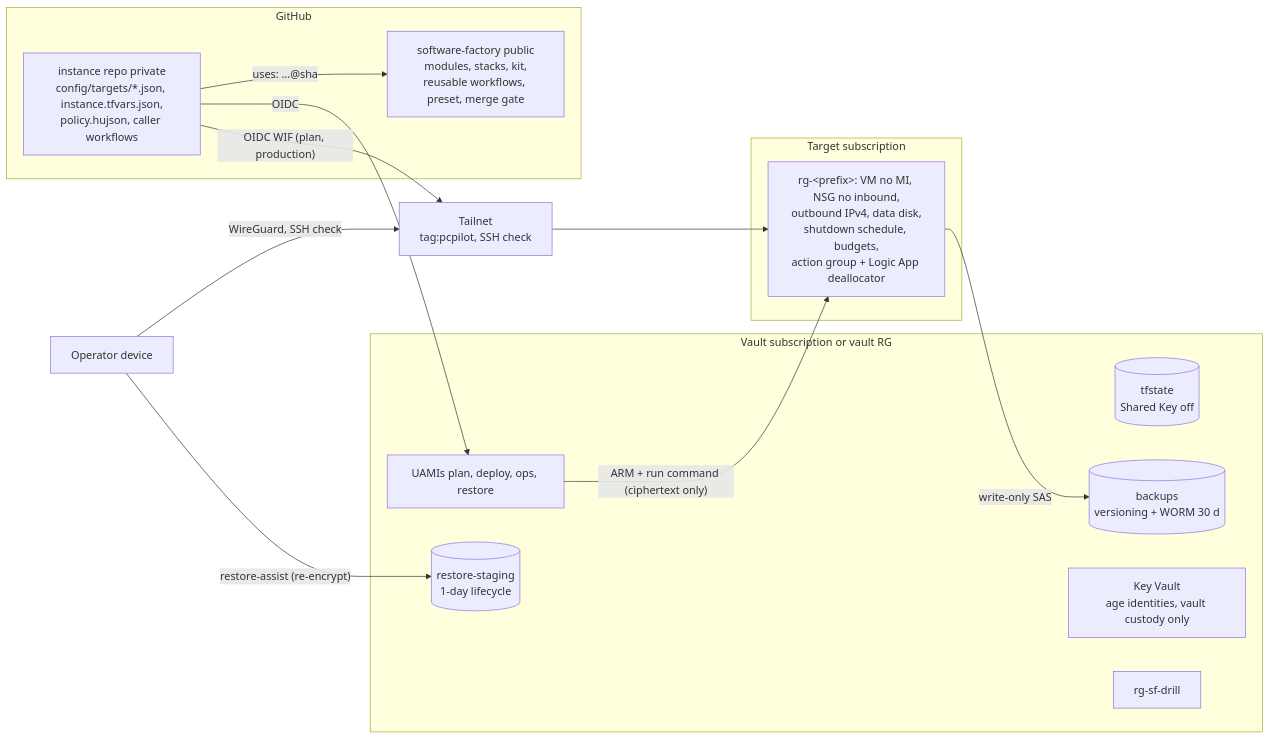
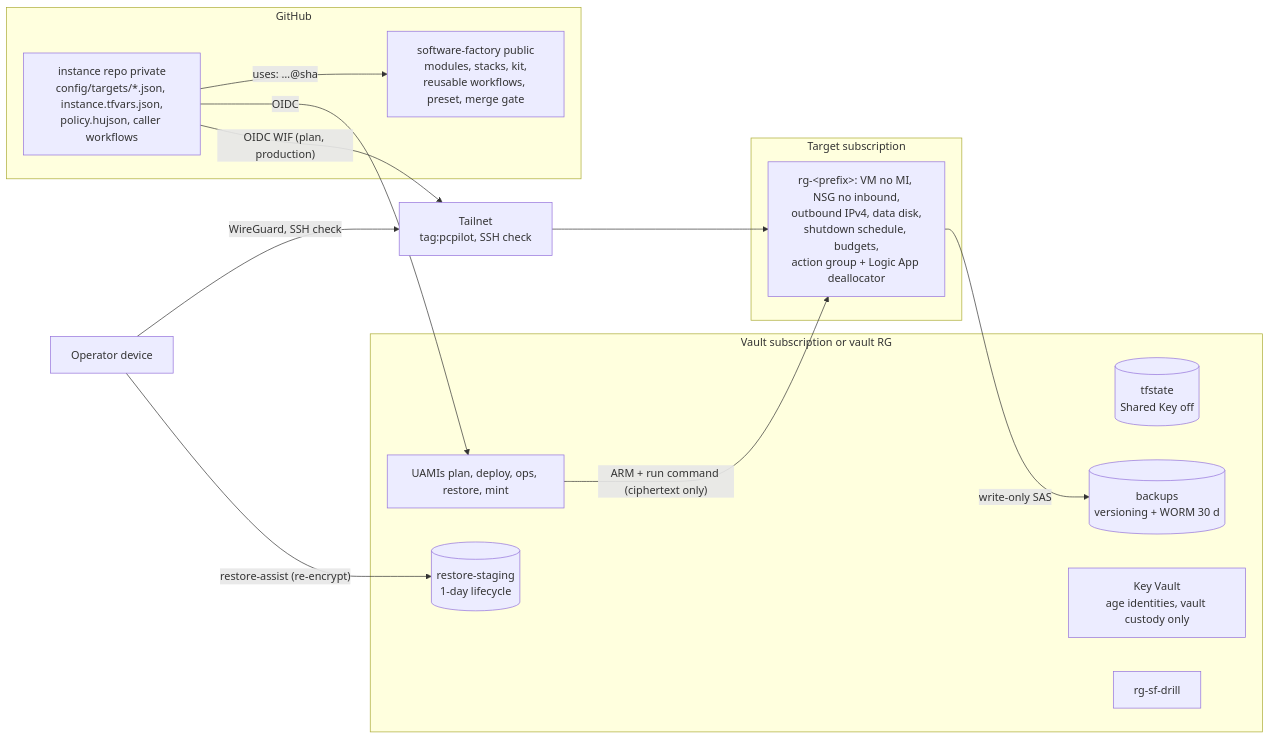
The diagram in docs/adr/0001-azure-deployment.md (agenticcodingops/software-factory), drawn with Mermaid before and after one commit. The commit also changed other lines of this file and 16 other files, not shown here.

````diff
--- a/docs/adr/0001-azure-deployment.md
+++ b/docs/adr/0001-azure-deployment.md
@@ -164,27 +164,27 @@
 ```mermaid
 flowchart LR
   subgraph GH[GitHub]
     PUB[software-factory public<br/>modules, stacks, kit,<br/>reusable workflows, preset, merge gate]
     INST[instance repo private<br/>config/targets/*.json, instance.tfvars.json,<br/>policy.hujson, caller workflows]
     INST -- "uses: …@sha" --> PUB
   end
   subgraph VAULT[Vault subscription or vault RG]
     ST[(tfstate<br/>Shared Key off)]
     BK[(backups<br/>versioning + WORM 30 d)]
     RS[(restore-staging<br/>1-day lifecycle)]
     KV[Key Vault<br/>age identities, vault custody only]
-    ID[UAMIs plan, deploy, ops, restore]
+    ID[UAMIs plan, deploy, ops, restore, mint]
     DR[rg-sf-drill]
   end
   subgraph TGT[Target subscription]
     RG[rg-&lt;prefix&gt;: VM no MI, NSG no inbound,<br/>outbound IPv4, data disk,<br/>shutdown schedule, budgets,<br/>action group + Logic App deallocator]
   end
   TS[Tailnet<br/>tag:pcpilot, SSH check]
   OP[Operator device]
   INST -- OIDC --> ID
   INST -- "OIDC WIF (plan, production)" --> TS
   ID -- "ARM + run command (ciphertext only)" --> RG
   RG -- "write-only SAS" --> BK
   OP -- "WireGuard, SSH check" --> TS --> RG
   OP -- "restore-assist (re-encrypt)" --> RS
 ```
````
